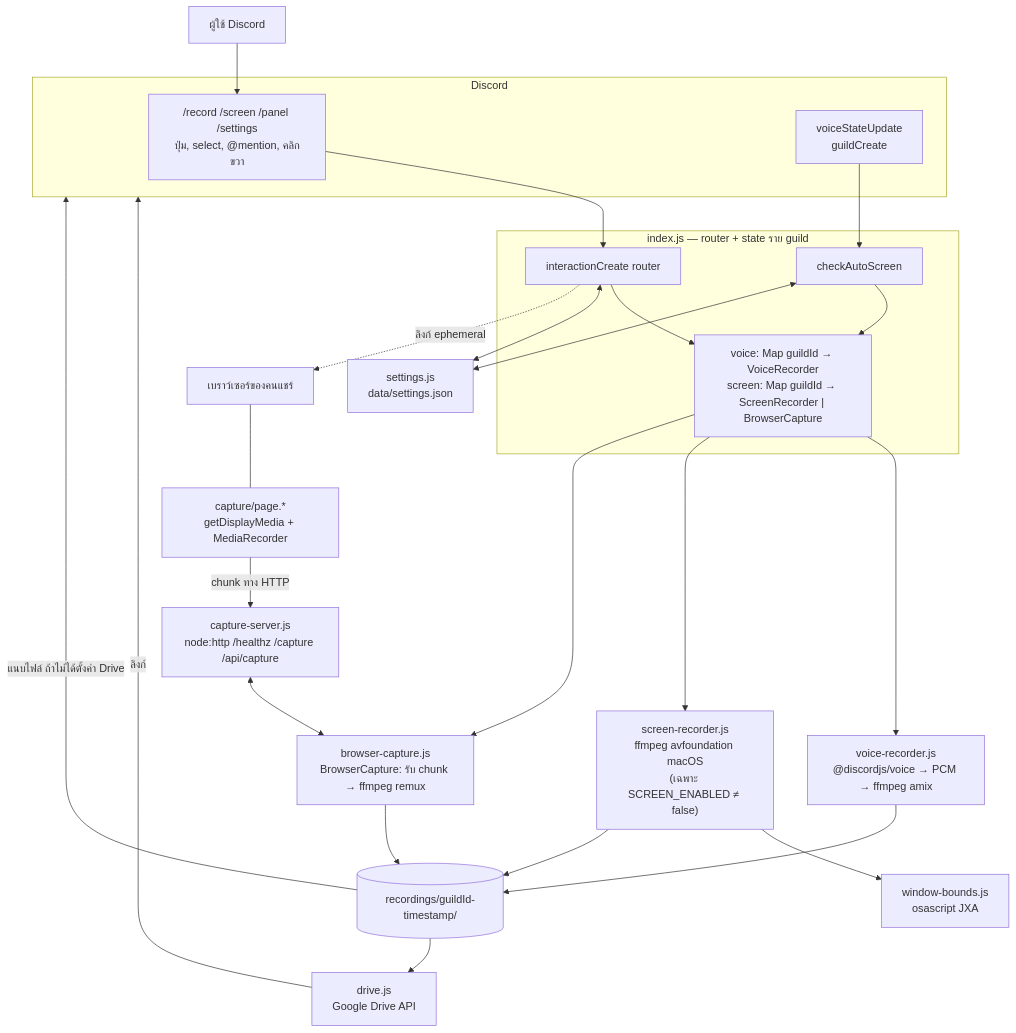
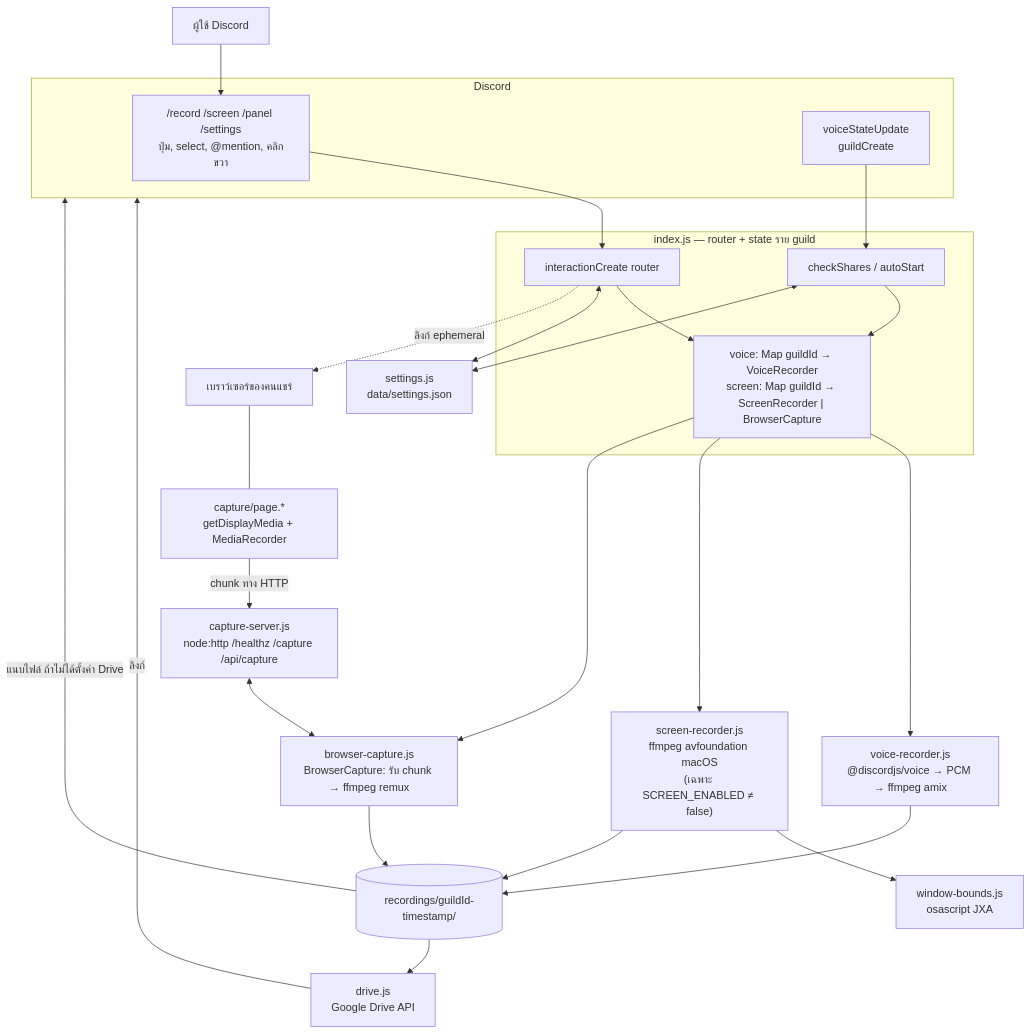
The diagram in diagram/01-overview.md (rtliz/discord-recorder), drawn with Mermaid before and after one commit. The commit also changed 69 other files, not shown here.

````diff
--- a/diagram/01-overview.md
+++ b/diagram/01-overview.md
@@ -3,44 +3,44 @@
 ```mermaid
 flowchart TB
     U["ผู้ใช้ Discord"]
     subgraph DC["Discord"]
         CMD["/record /screen /panel /settings<br/>ปุ่ม, select, @mention, คลิกขวา"]
         EV["voiceStateUpdate<br/>guildCreate"]
     end
     subgraph BOT["index.js — router + state ราย guild"]
         R["interactionCreate router"]
         ST["voice: Map guildId → VoiceRecorder<br/>screen: Map guildId → ScreenRecorder | BrowserCapture"]
-        AUTO["checkAutoScreen"]
+        AUTO["checkShares / autoStart"]
     end
     SET["settings.js<br/>data/settings.json"]
     VR["voice-recorder.js<br/>@discordjs/voice → PCM → ffmpeg amix"]
     SR["screen-recorder.js<br/>ffmpeg avfoundation macOS<br/>(เฉพาะ SCREEN_ENABLED ≠ false)"]
     WB["window-bounds.js<br/>osascript JXA"]
     BC["browser-capture.js<br/>BrowserCapture: รับ chunk → ffmpeg remux"]
     CS["capture-server.js<br/>node:http /healthz /capture /api/capture"]
     PG["capture/page.*<br/>getDisplayMedia + MediaRecorder"]
     SH["เบราว์เซอร์ของคนแชร์"]
     FS[("recordings/guildId-timestamp/")]
     DRV["drive.js<br/>Google Drive API"]
 
     U --> CMD --> R
     EV --> AUTO
     R --> ST
     AUTO --> ST
     R <--> SET
     AUTO <--> SET
     ST --> VR
     ST --> SR
     ST --> BC
     CS <--> BC
     SH --- PG
     PG -->|"chunk ทาง HTTP"| CS
     R -.->|"ลิงก์ ephemeral"| SH
     SR --> WB
     VR --> FS
     SR --> FS
     BC --> FS
     FS --> DRV
     DRV -->|"ลิงก์"| DC
     FS -->|"แนบไฟล์ ถ้าไม่ได้ตั้งค่า Drive"| DC
 ```
````
